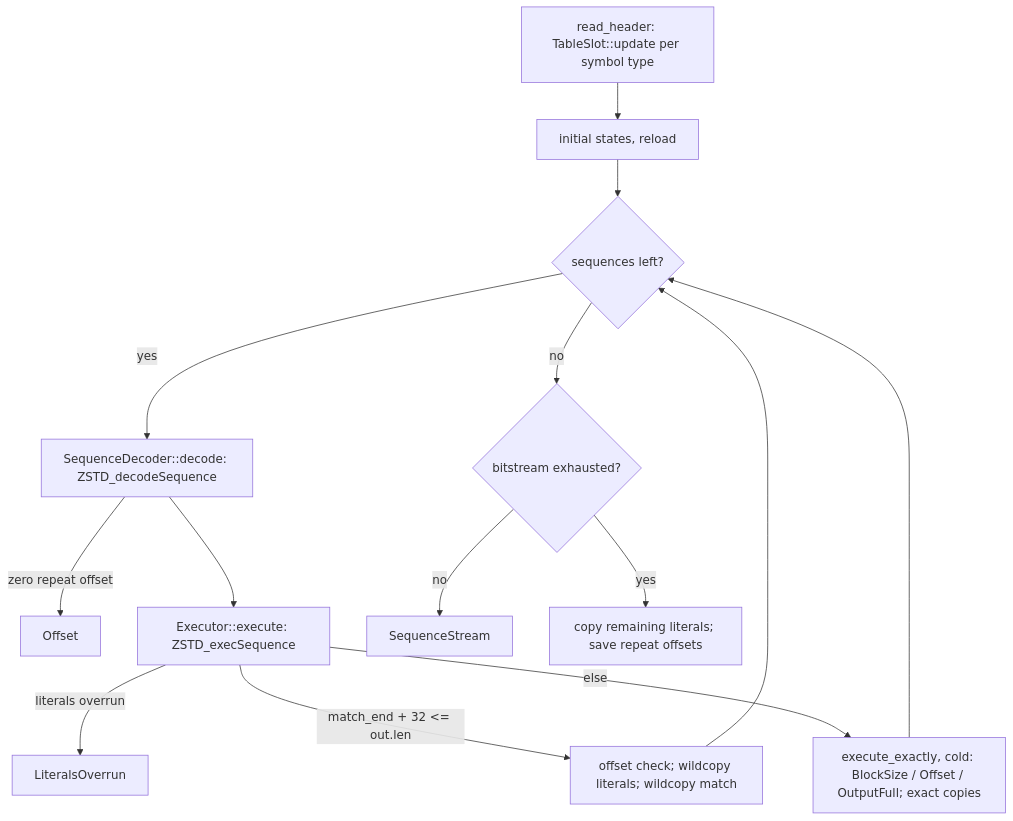
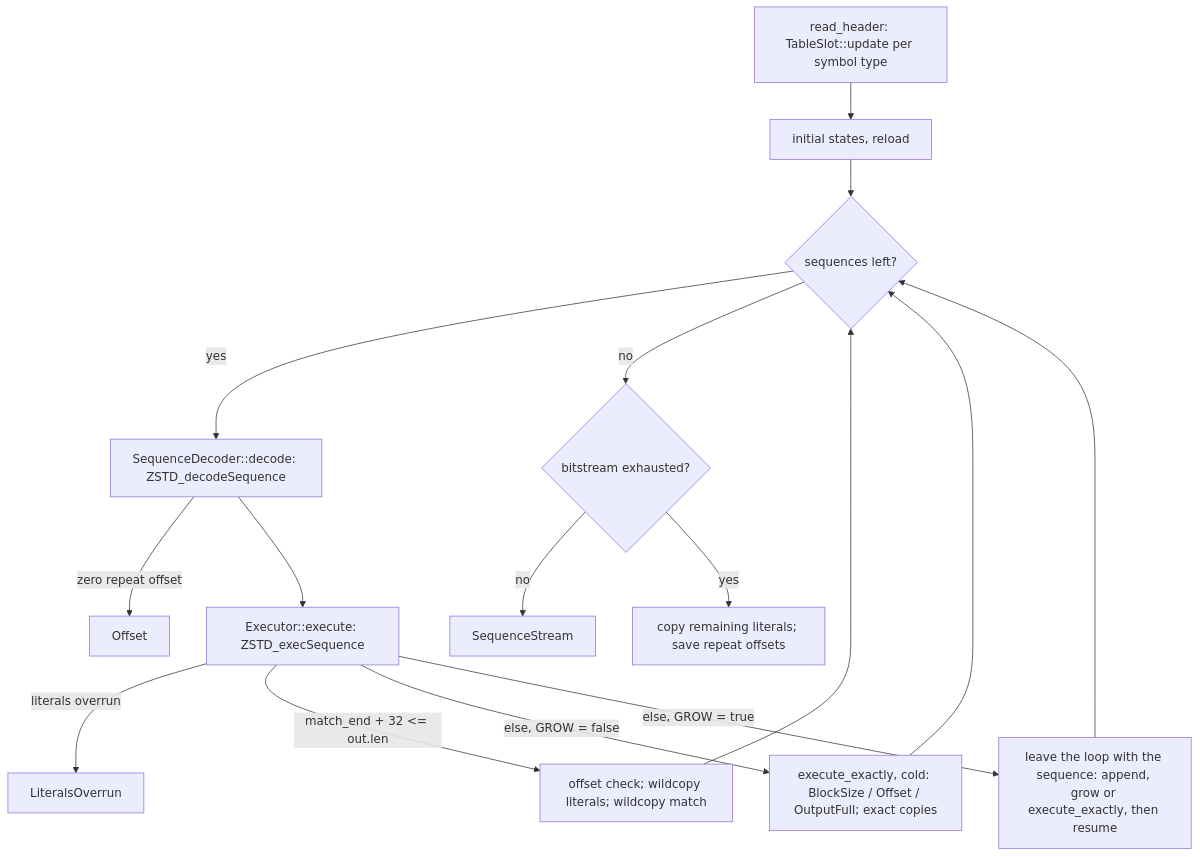
One commit to M-Compressors/mzstd changed the fourth of 7 diagrams in architecture/decoder-performance.md. Above: the diagram before and after it, drawn with Mermaid. The commit also changed other lines of this file and 419 other files, not shown here.

````diff
--- a/architecture/decoder-performance.md
+++ b/architecture/decoder-performance.md
@@ -144,16 +167,18 @@
 ```mermaid
 flowchart TD
     Header[read_header: TableSlot::update per symbol type] --> Init[initial states, reload]
     Init --> Next{sequences left?}
     Next -->|yes| Dec[SequenceDecoder::decode: ZSTD_decodeSequence]
     Dec -->|zero repeat offset| EOff[Offset]
     Dec --> Exe[Executor::execute: ZSTD_execSequence]
     Exe -->|literals overrun| ELit[LiteralsOverrun]
     Exe -->|match_end + 32 <= out.len| Wild[offset check; wildcopy literals; wildcopy match]
-    Exe -->|else| Exact[execute_exactly, cold: BlockSize / Offset / OutputFull; exact copies]
+    Exe -->|"else, GROW = false"| Exact[execute_exactly, cold: BlockSize / Offset / OutputFull; exact copies]
+    Exe -->|"else, GROW = true"| Cold[leave the loop with the sequence: append, grow or execute_exactly, then resume]
     Wild --> Next
     Exact --> Next
+    Cold --> Next
     Next -->|no| End{bitstream exhausted?}
     End -->|no| ESeq[SequenceStream]
     End -->|yes| Last[copy remaining literals; save repeat offsets]
 ```
````
